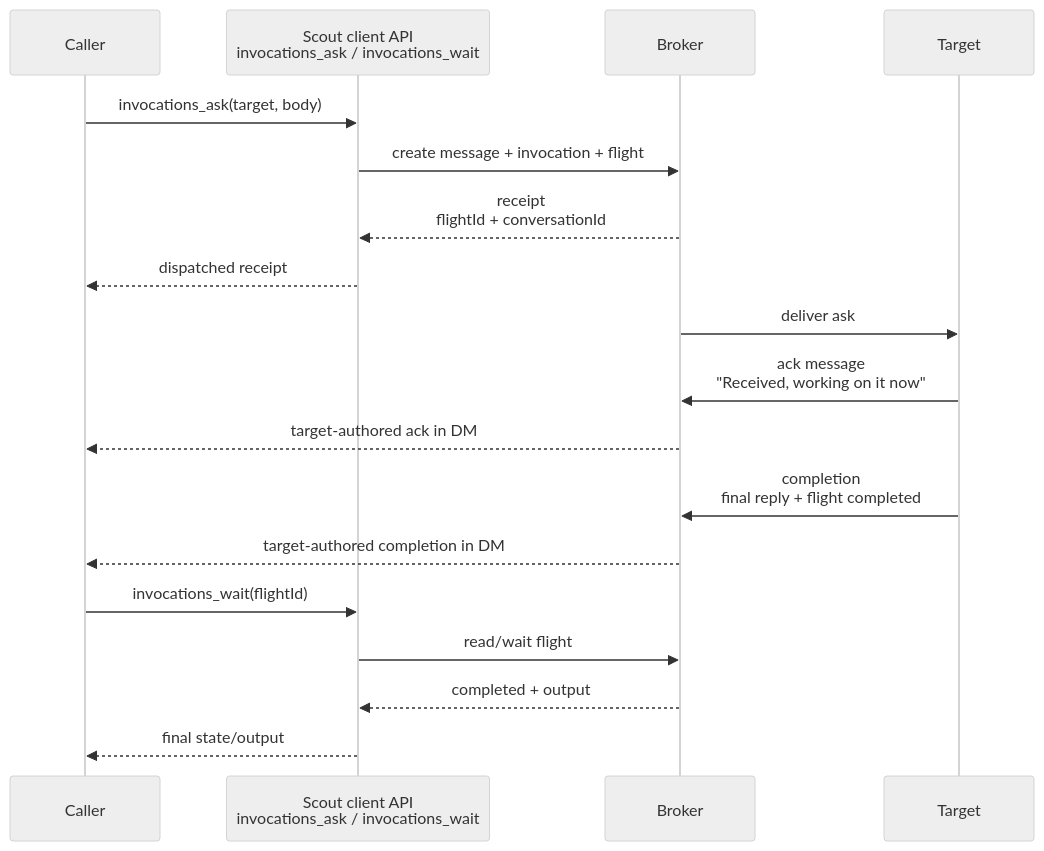
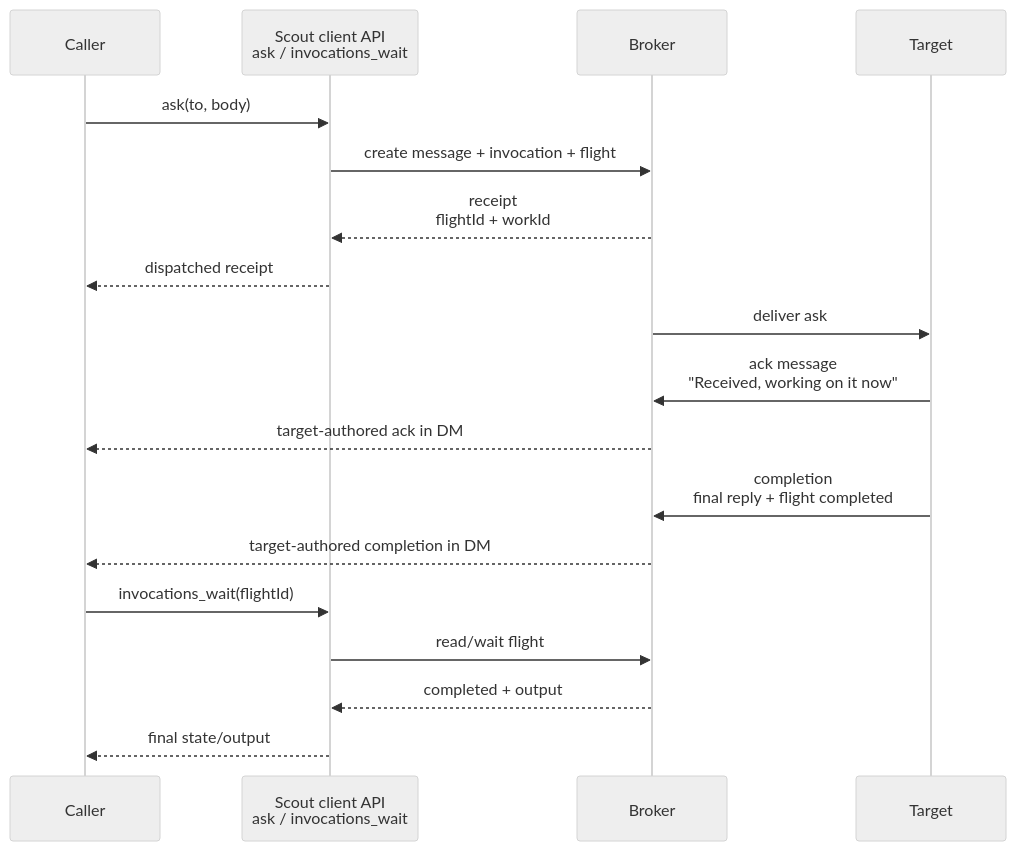
The first of 2 diagrams in docs/scout-comms.md (arach/openscout), drawn with Mermaid (neutral theme) before and after one commit. The commit also changed other lines of this file and 32 other files, not shown here.

Commit message:
✨ Add Scout ask primitive

````diff
--- a/docs/scout-comms.md
+++ b/docs/scout-comms.md
@@ -150,24 +148,24 @@
 ```mermaid
 sequenceDiagram
   participant Caller
-  participant ScoutAPI as Scout client API<br/>invocations_ask / invocations_wait
+  participant ScoutAPI as Scout client API<br/>ask / invocations_wait
   participant Broker
   participant Target
 
-  Caller->>ScoutAPI: invocations_ask(target, body)
+  Caller->>ScoutAPI: ask(to, body)
   ScoutAPI->>Broker: create message + invocation + flight
-  Broker-->>ScoutAPI: receipt<br/>flightId + conversationId
+  Broker-->>ScoutAPI: receipt<br/>flightId + workId
   ScoutAPI-->>Caller: dispatched receipt
 
   Broker->>Target: deliver ask
   Target->>Broker: ack message<br/>"Received, working on it now"
   Broker-->>Caller: target-authored ack in DM
 
   Target->>Broker: completion<br/>final reply + flight completed
   Broker-->>Caller: target-authored completion in DM
 
   Caller->>ScoutAPI: invocations_wait(flightId)
   ScoutAPI->>Broker: read/wait flight
   Broker-->>ScoutAPI: completed + output
   ScoutAPI-->>Caller: final state/output
 ```
````
